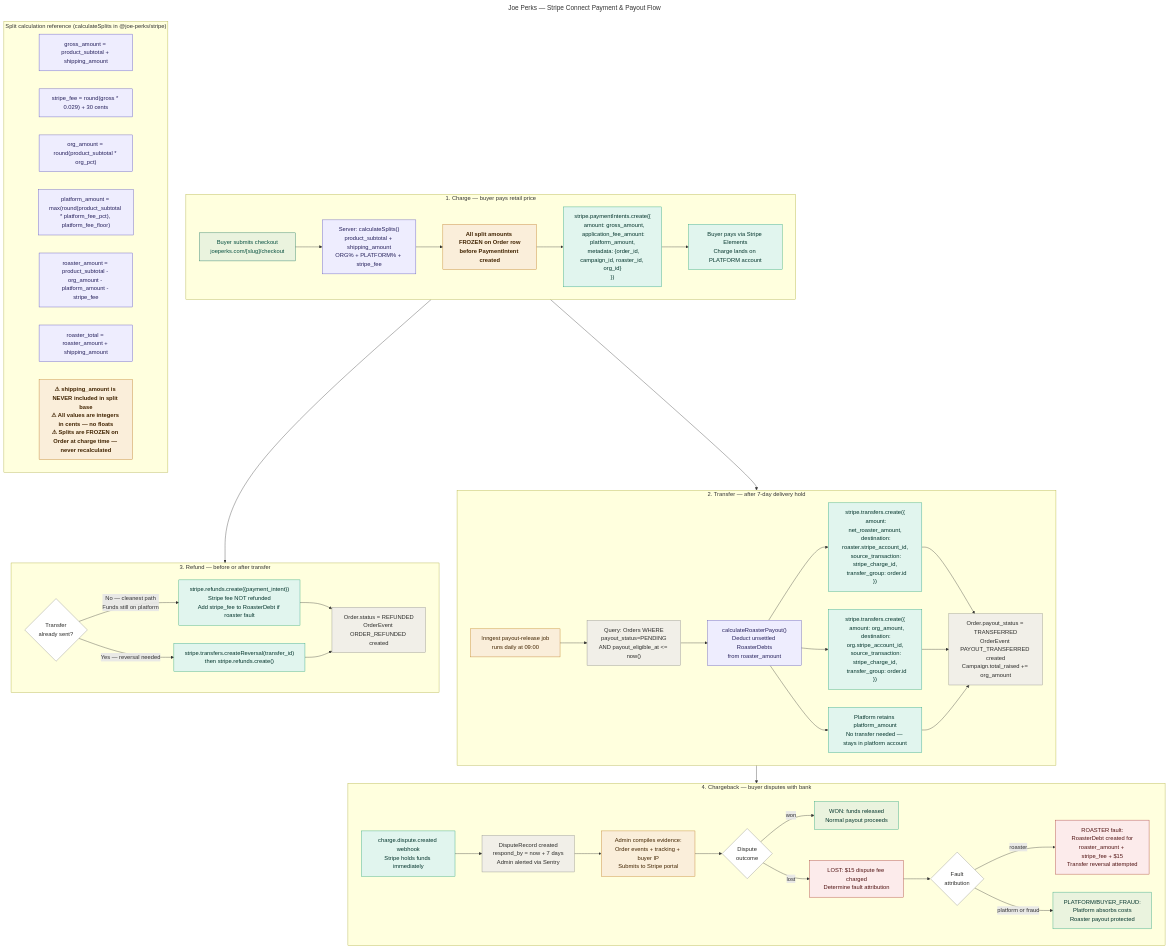
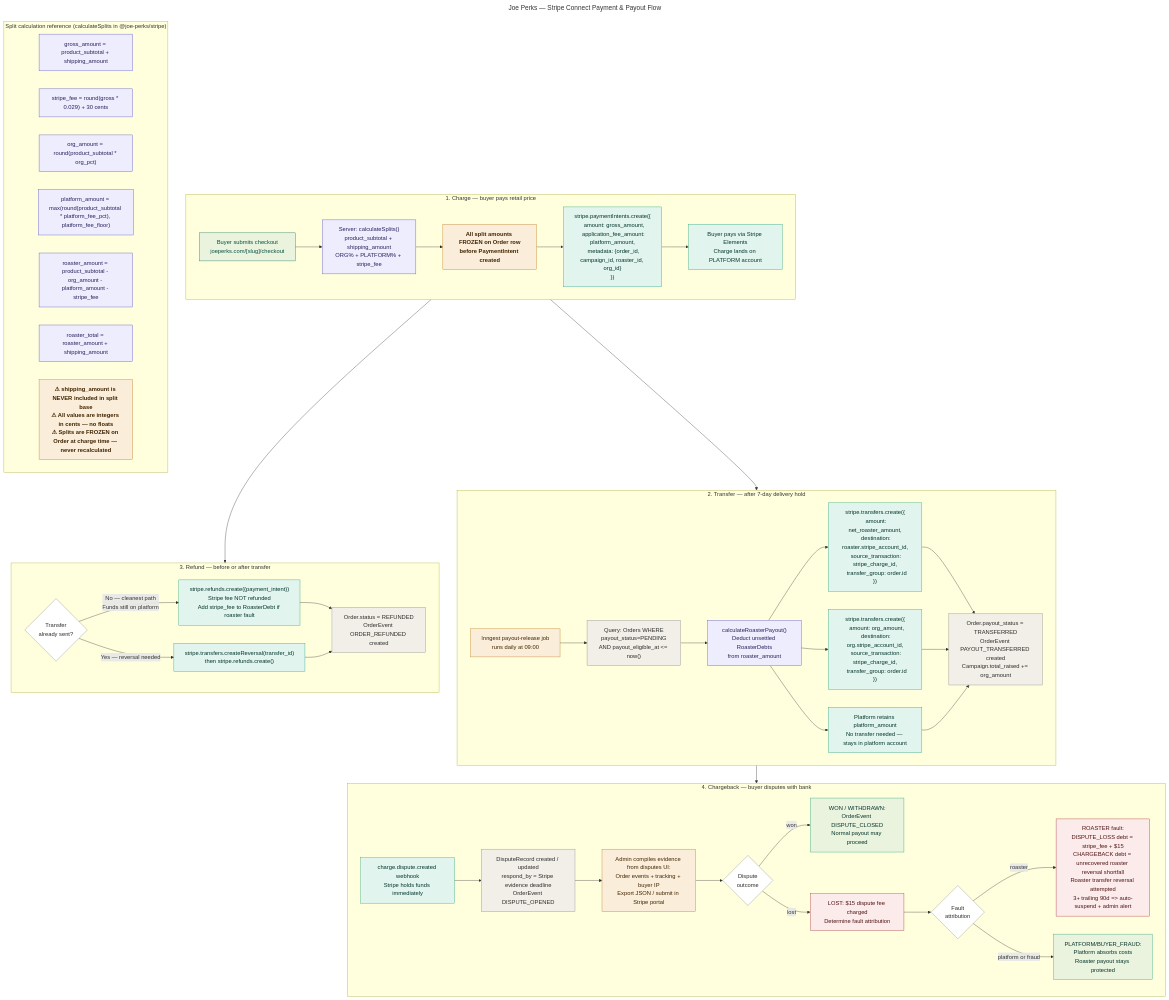
Before and after one commit to FireFlyMediaGroup/joe_perks_v8: the diagram in docs/07-stripe-payment-flow.mermaid, drawn with Mermaid. The commit also changed 55 other files, not shown here.

```diff
--- a/docs/07-stripe-payment-flow.mermaid
+++ b/docs/07-stripe-payment-flow.mermaid
@@ -1,84 +1,84 @@
 ---
 title: Joe Perks — Stripe Connect Payment & Payout Flow
 ---
 flowchart TD
   %% ── Charge creation ──────────────────────────────────────────────
   subgraph CHARGE["1. Charge — buyer pays retail price"]
     C1["Buyer submits checkout\njoeperks.com/[slug]/checkout"]:::action
     C2["Server: calculateSplits()\nproduct_subtotal + shipping_amount\nORG% + PLATFORM% + stripe_fee"]:::calc
     C3["All split amounts FROZEN on Order row\nbefore PaymentIntent created"]:::important
     C4["stripe.paymentIntents.create({\n  amount: gross_amount,\n  application_fee_amount: platform_amount,\n  metadata: {order_id, campaign_id, roaster_id, org_id}\n})"]:::stripe
     C5["Buyer pays via Stripe Elements\nCharge lands on PLATFORM account"]:::stripe
 
     C1 --> C2 --> C3 --> C4 --> C5
   end
 
   %% ── Transfer to roaster + org (after hold) ───────────────────────
   subgraph TRANSFER["2. Transfer — after 7-day delivery hold"]
     T1["Inngest payout-release job\nruns daily at 09:00"]:::job
     T2["Query: Orders WHERE\npayout_status=PENDING\nAND payout_eligible_at <= now()"]:::db
     T3["calculateRoasterPayout()\nDeduct unsettled RoasterDebts\nfrom roaster_amount"]:::calc
     T4["stripe.transfers.create({\n  amount: net_roaster_amount,\n  destination: roaster.stripe_account_id,\n  source_transaction: stripe_charge_id,\n  transfer_group: order.id\n})"]:::stripe
     T5["stripe.transfers.create({\n  amount: org_amount,\n  destination: org.stripe_account_id,\n  source_transaction: stripe_charge_id,\n  transfer_group: order.id\n})"]:::stripe
     T6["Platform retains platform_amount\nNo transfer needed — stays in platform account"]:::stripe
     T7["Order.payout_status = TRANSFERRED\nOrderEvent PAYOUT_TRANSFERRED created\nCampaign.total_raised += org_amount"]:::db
 
     T1 --> T2 --> T3 --> T4 & T5 & T6 --> T7
   end
 
   %% ── Refund path ──────────────────────────────────────────────────
   subgraph REFUND["3. Refund — before or after transfer"]
     RF1{Transfer\nalready sent?}:::decision
     RF2["stripe.refunds.create({payment_intent})\nStripe fee NOT refunded\nAdd stripe_fee to RoasterDebt if roaster fault"]:::stripe
     RF3["stripe.transfers.createReversal(transfer_id)\nthen stripe.refunds.create()"]:::stripe
     RF4["Order.status = REFUNDED\nOrderEvent ORDER_REFUNDED created"]:::db
 
     RF1 -->|"No — cleanest path\nFunds still on platform"| RF2 --> RF4
     RF1 -->|"Yes — reversal needed"| RF3 --> RF4
   end
 
   %% ── Chargeback path ──────────────────────────────────────────────
   subgraph CHARGEBACK["4. Chargeback — buyer disputes with bank"]
     CB1["charge.dispute.created webhook\nStripe holds funds immediately"]:::stripe
-    CB2["DisputeRecord created\nrespond_by = now + 7 days\nAdmin alerted via Sentry"]:::db
-    CB3["Admin compiles evidence:\nOrder events + tracking + buyer IP\nSubmits to Stripe portal"]:::admin
+    CB2["DisputeRecord created / updated\nrespond_by = Stripe evidence deadline\nOrderEvent DISPUTE_OPENED"]:::db
+    CB3["Admin compiles evidence from disputes UI:\nOrder events + tracking + buyer IP\nExport JSON / submit in Stripe portal"]:::admin
     CB4{Dispute\noutcome}:::decision
-    CB5["WON: funds released\nNormal payout proceeds"]:::ok
+    CB5["WON / WITHDRAWN:\nOrderEvent DISPUTE_CLOSED\nNormal payout may proceed"]:::ok
     CB6["LOST: $15 dispute fee charged\nDetermine fault attribution"]:::bad
     CB7{Fault\nattribution}:::decision
-    CB8["ROASTER fault:\nRoasterDebt created for\nroaster_amount + stripe_fee + $15\nTransfer reversal attempted"]:::bad
-    CB9["PLATFORM/BUYER_FRAUD:\nPlatform absorbs costs\nRoaster payout protected"]:::ok
+    CB8["ROASTER fault:\nDISPUTE_LOSS debt = stripe_fee + $15\nCHARGEBACK debt = unrecovered roaster reversal shortfall\nRoaster transfer reversal attempted\n3+ trailing 90d => auto-suspend + admin alert"]:::bad
+    CB9["PLATFORM/BUYER_FRAUD:\nPlatform absorbs costs\nRoaster payout stays protected"]:::ok
 
     CB1 --> CB2 --> CB3 --> CB4
     CB4 -->|won| CB5
     CB4 -->|lost| CB6 --> CB7
     CB7 -->|roaster| CB8
     CB7 -->|platform or fraud| CB9
   end
 
   %% ── Flow between sections ────────────────────────────────────────
   CHARGE --> TRANSFER
   CHARGE --> REFUND
   TRANSFER --> CHARGEBACK
 
   %% ── Split math reference ─────────────────────────────────────────
   subgraph MATH["Split calculation reference (calculateSplits in @joe-perks/stripe)"]
     M1["gross_amount = product_subtotal + shipping_amount"]:::calc
     M2["stripe_fee = round(gross * 0.029) + 30 cents"]:::calc
     M3["org_amount = round(product_subtotal * org_pct)"]:::calc
     M4["platform_amount = max(round(product_subtotal * platform_fee_pct), platform_fee_floor)"]:::calc
     M5["roaster_amount = product_subtotal - org_amount - platform_amount - stripe_fee"]:::calc
     M6["roaster_total = roaster_amount + shipping_amount"]:::calc
     M7["⚠ shipping_amount is NEVER included in split base\n⚠ All values are integers in cents — no floats\n⚠ Splits are FROZEN on Order at charge time — never recalculated"]:::important
   end
 
   classDef action   fill:#EAF3DE,stroke:#0F6E56,color:#085041
   classDef calc     fill:#EEEDFE,stroke:#534AB7,color:#26215C
   classDef stripe   fill:#E1F5EE,stroke:#1D9E75,color:#04342C
   classDef db       fill:#F1EFE8,stroke:#888780,color:#2c2c2a
   classDef job      fill:#FAEEDA,stroke:#BA7517,color:#412402
   classDef admin    fill:#FAEEDA,stroke:#BA7517,color:#412402
   classDef decision fill:#ffffff,stroke:#888780,color:#2c2c2a
   classDef ok       fill:#EAF3DE,stroke:#1D9E75,color:#04342C
   classDef bad      fill:#FCEBEB,stroke:#A32D2D,color:#501313
   classDef important fill:#FAEEDA,stroke:#BA7517,color:#412402,font-weight:bold
```
